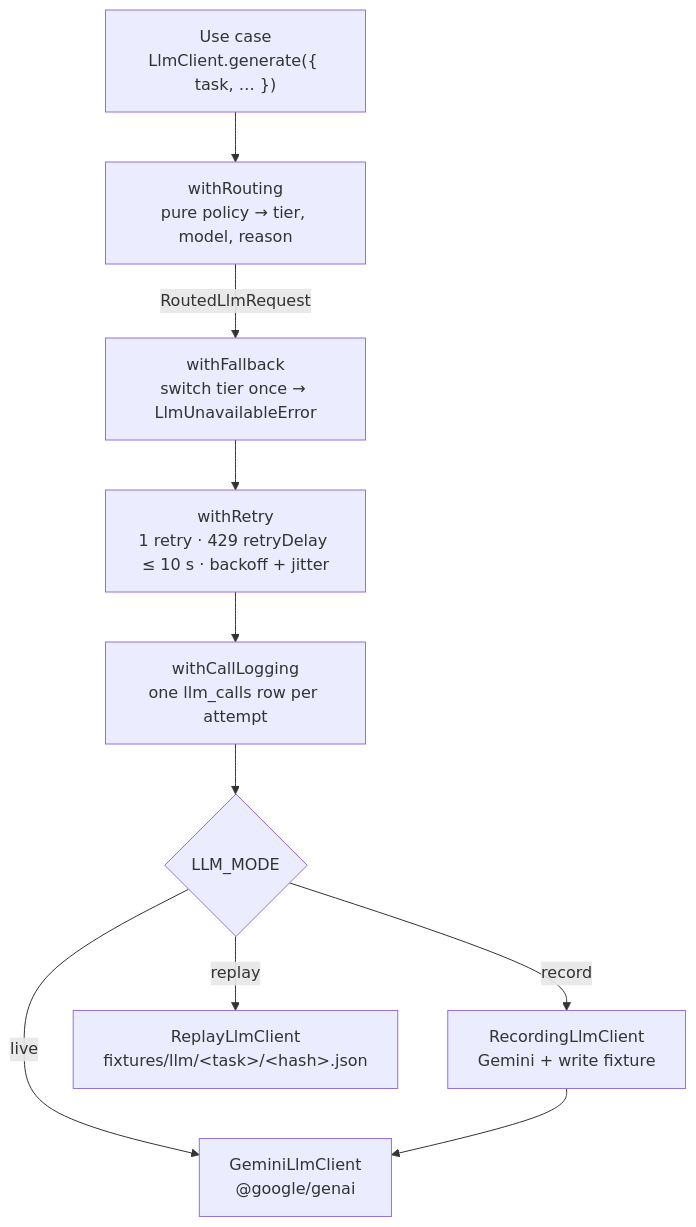
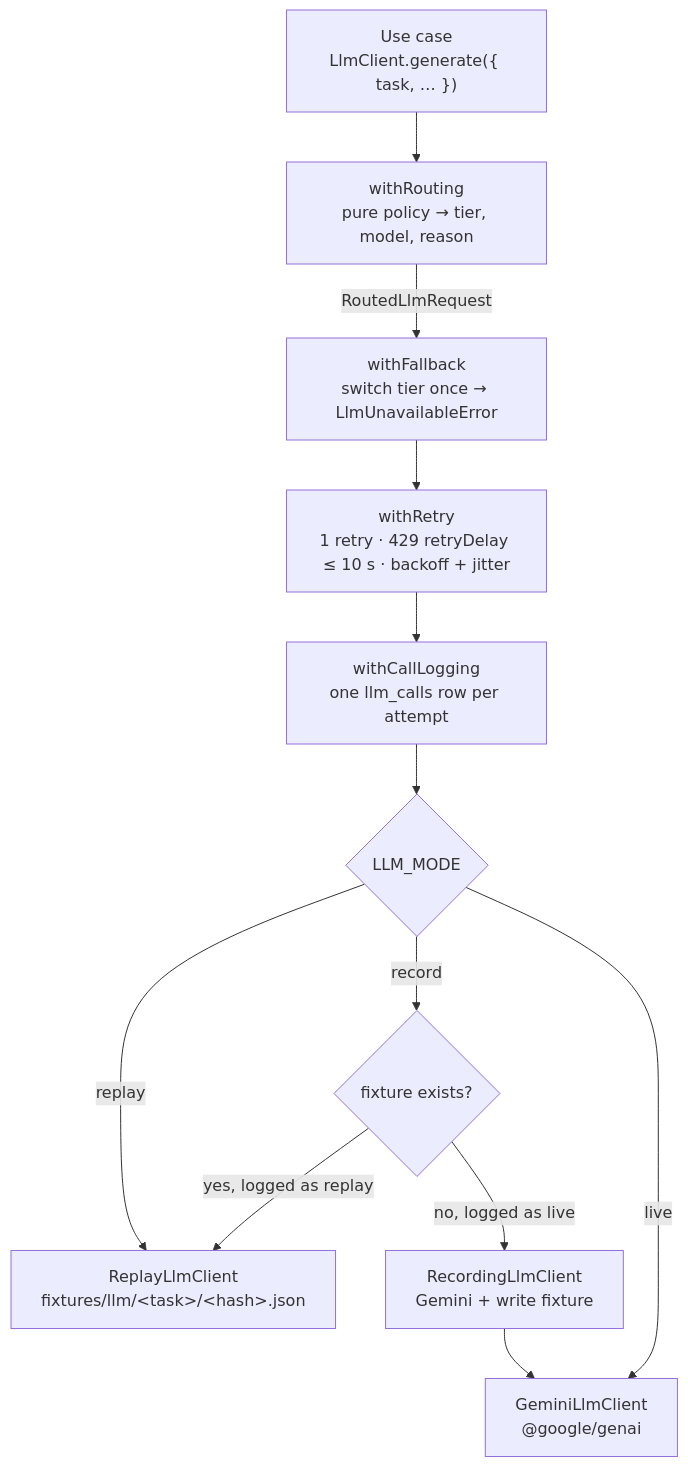
One commit to Hqasim/hiresignal changed the third of 8 diagrams in docs/architecture.md. Above: the diagram before and after it, drawn with Mermaid. The commit also changed other lines of this file and 1 other file, not shown here.

Commit message:
docs: ask architecture and threat model

````diff
--- a/docs/architecture.md
+++ b/docs/architecture.md
@@ -58,12 +58,14 @@
 ```mermaid
 flowchart TD
   uc["Use case<br/>LlmClient.generate({ task, … })"] --> routing
   routing["withRouting<br/>pure policy → tier, model, reason"] -->|RoutedLlmRequest| fallback
   fallback["withFallback<br/>switch tier once → LlmUnavailableError"] --> retry
   retry["withRetry<br/>1 retry · 429 retryDelay ≤ 10 s · backoff + jitter"] --> logging
   logging["withCallLogging<br/>one llm_calls row per attempt"] --> mode{LLM_MODE}
   mode -->|live| gemini["GeminiLlmClient<br/>@google/genai"]
-  mode -->|record| recording["RecordingLlmClient<br/>Gemini + write fixture"]
+  mode -->|record| first{"fixture exists?"}
+  first -->|yes, logged as replay| replay
+  first -->|no, logged as live| recording["RecordingLlmClient<br/>Gemini + write fixture"]
   mode -->|replay| replay["ReplayLlmClient<br/>fixtures/llm/&lt;task&gt;/&lt;hash&gt;.json"]
   recording --> gemini
 ```
````
